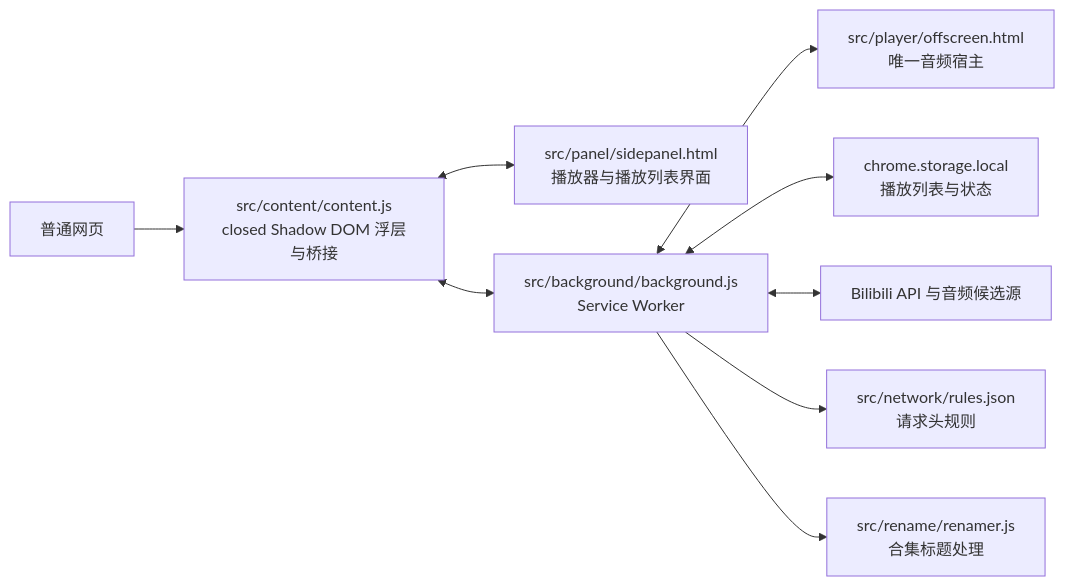
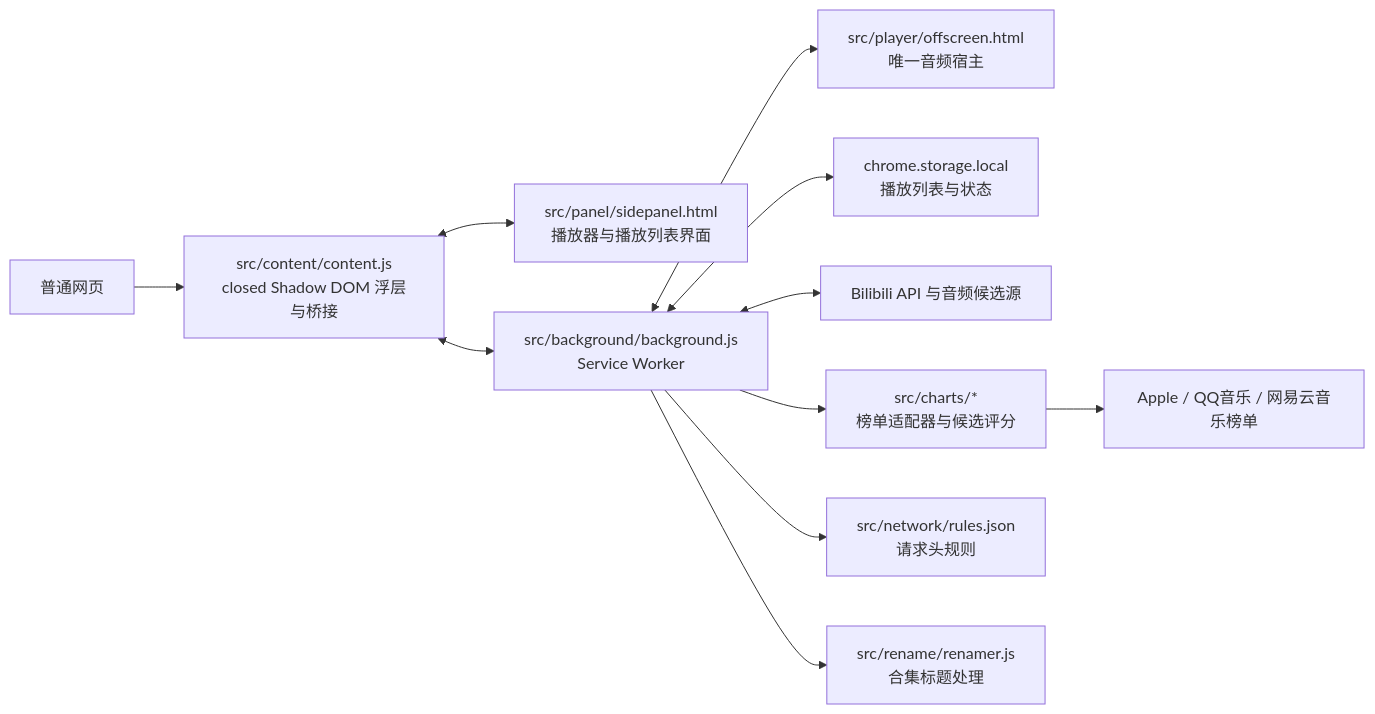
One commit to randian-2008/bilibili-music-player changed the diagram in docs/architecture.md. Above: the diagram before and after it, drawn with Mermaid. The commit also changed other lines of this file and 22 other files, not shown here.

Commit message:
feat: add multi-source charts v2.8.0

````diff
--- a/docs/architecture.md
+++ b/docs/architecture.md
@@ -51,11 +57,13 @@
 ```mermaid
 flowchart LR
     Page[普通网页] --> Content[src/content/content.js\nclosed Shadow DOM 浮层与桥接]
     Content <--> Frame[src/panel/sidepanel.html\n播放器与播放列表界面]
     Content <--> Background[src/background/background.js\nService Worker]
     Background <--> Offscreen[src/player/offscreen.html\n唯一音频宿主]
     Background <--> Store[chrome.storage.local\n播放列表与状态]
     Background <--> BiliAPI[Bilibili API 与音频候选源]
+    Background --> Charts[src/charts/*\n榜单适配器与候选评分]
+    Charts --> ChartAPI[Apple / QQ音乐 / 网易云音乐榜单]
     Background --> NetworkRules[src/network/rules.json\n请求头规则]
     Background --> Rename[src/rename/renamer.js\n合集标题处理]
 ```
````
